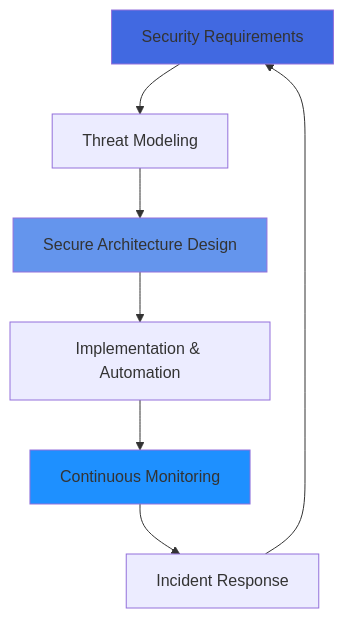
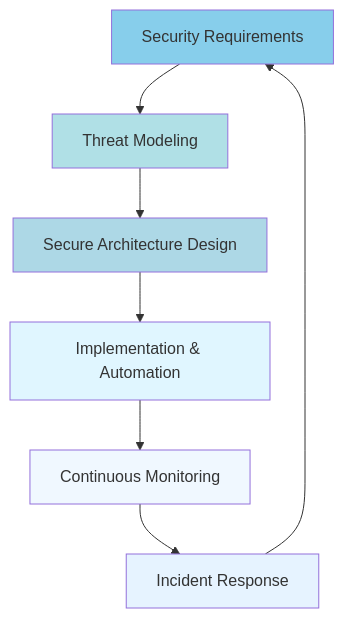
One commit to Satya37x1112/Satya37x1112 changed the diagram in README.md. Above: the diagram before and after it, drawn with Mermaid.

Commit message:
Change color styles for flowchart in README
Updated color styles for flowchart elements in README.

````diff
--- a/README.md
+++ b/README.md
@@ -61,13 +61,16 @@
 ```mermaid
 graph TB
     A[Security Requirements] --> B[Threat Modeling]
     B --> C[Secure Architecture Design]
     C --> D[Implementation & Automation]
     D --> E[Continuous Monitoring]
     E --> F[Incident Response]
     F --> A
     
-    style A fill:#4169E1
-    style C fill:#6495ED
-    style E fill:#1E90FF
+    style A fill:#87CEEB
+    style B fill:#B0E0E6
+    style C fill:#ADD8E6
+    style D fill:#E0F6FF
+    style E fill:#F0F8FF
+    style F fill:#E6F3FF
 ```
````
